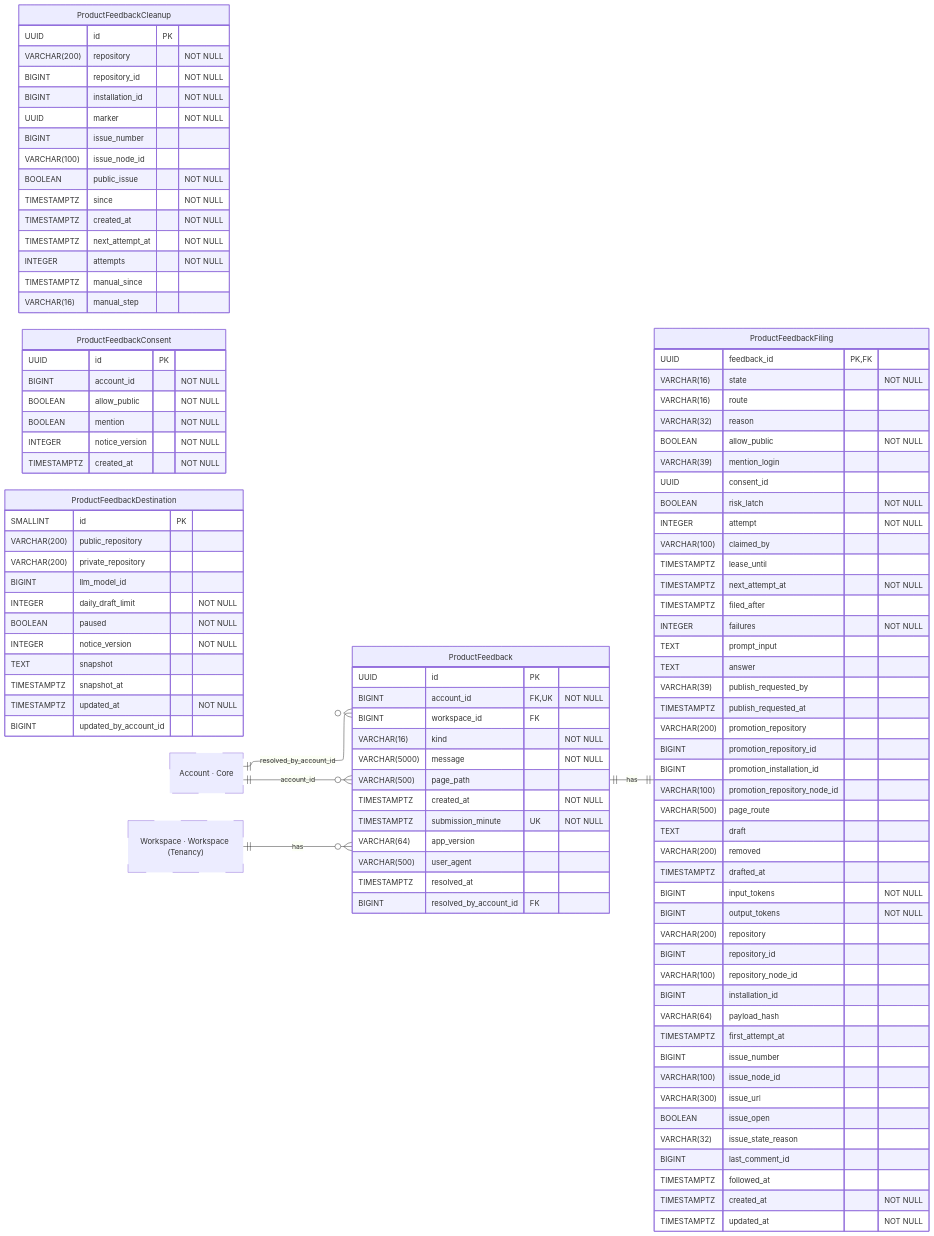
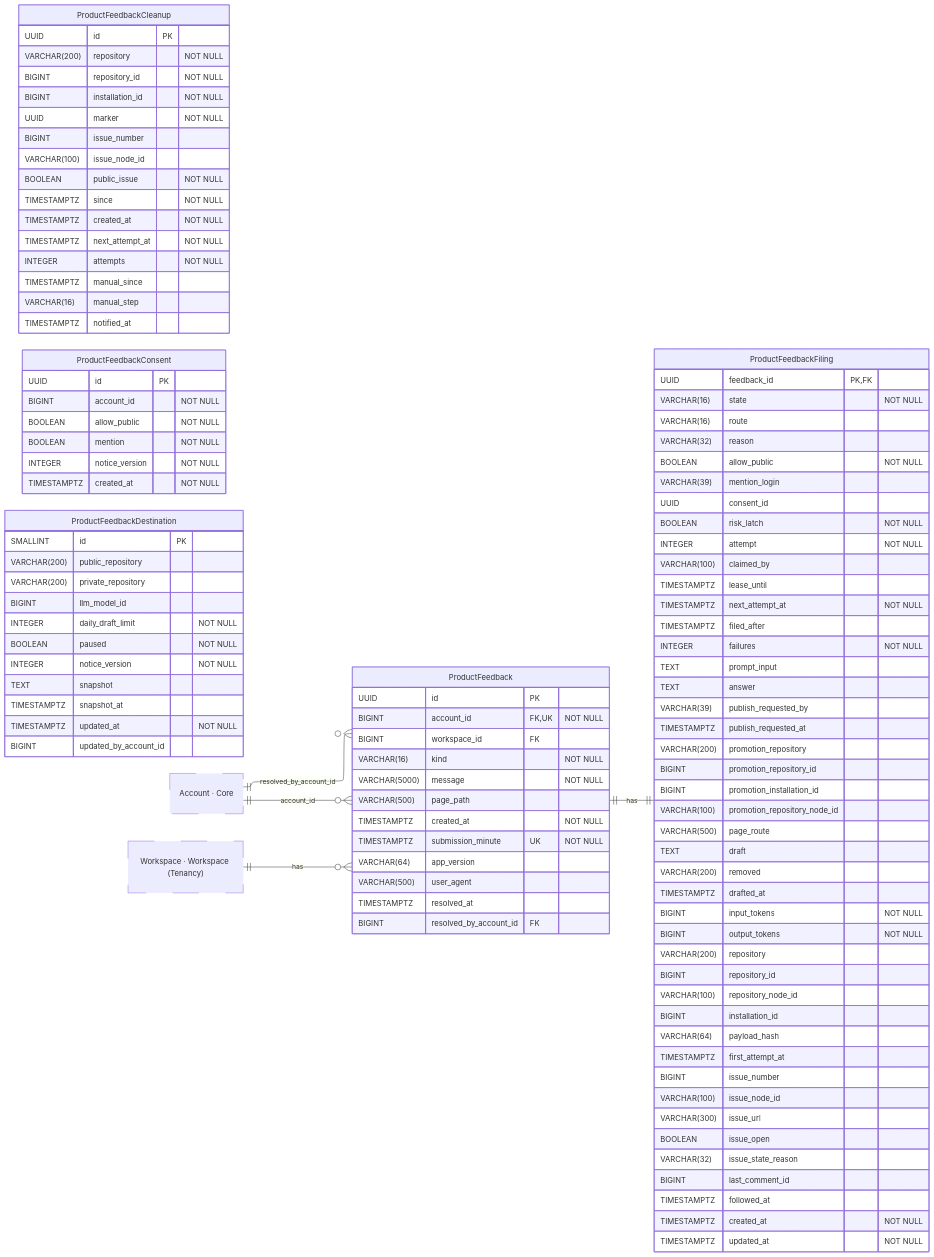
The diagram in docs/contributor/erd/productfeedback.mmd (hephaestus-build/Hephaestus), drawn with Mermaid before and after one commit. The commit also changed 23 other files, not shown here.

```diff
--- a/docs/contributor/erd/productfeedback.mmd
+++ b/docs/contributor/erd/productfeedback.mmd
@@ -1,132 +1,133 @@
 ---
 config:
     layout: elk
 ---
 erDiagram
     %% Generated automatically from PostgreSQL database schema
     %% using scripts/generate-mermaid-erd.ts
     %% To regenerate: vp run db:generate-erd-docs
 
     direction LR
 
     ProductFeedback {
         UUID id PK
         BIGINT account_id FK,UK "NOT NULL"
         BIGINT workspace_id FK
         VARCHAR(16) kind "NOT NULL"
         VARCHAR(5000) message "NOT NULL"
         VARCHAR(500) page_path
         TIMESTAMPTZ created_at "NOT NULL"
         TIMESTAMPTZ submission_minute UK "NOT NULL"
         VARCHAR(64) app_version
         VARCHAR(500) user_agent
         TIMESTAMPTZ resolved_at
         BIGINT resolved_by_account_id FK
     }
 
     ProductFeedbackCleanup {
         UUID id PK
         VARCHAR(200) repository "NOT NULL"
         BIGINT repository_id "NOT NULL"
         BIGINT installation_id "NOT NULL"
         UUID marker "NOT NULL"
         BIGINT issue_number
         VARCHAR(100) issue_node_id
         BOOLEAN public_issue "NOT NULL"
         TIMESTAMPTZ since "NOT NULL"
         TIMESTAMPTZ created_at "NOT NULL"
         TIMESTAMPTZ next_attempt_at "NOT NULL"
         INTEGER attempts "NOT NULL"
         TIMESTAMPTZ manual_since
         VARCHAR(16) manual_step
+        TIMESTAMPTZ notified_at
     }
 
     ProductFeedbackConsent {
         UUID id PK
         BIGINT account_id "NOT NULL"
         BOOLEAN allow_public "NOT NULL"
         BOOLEAN mention "NOT NULL"
         INTEGER notice_version "NOT NULL"
         TIMESTAMPTZ created_at "NOT NULL"
     }
 
     ProductFeedbackDestination {
         SMALLINT id PK
         VARCHAR(200) public_repository
         VARCHAR(200) private_repository
         BIGINT llm_model_id
         INTEGER daily_draft_limit "NOT NULL"
         BOOLEAN paused "NOT NULL"
         INTEGER notice_version "NOT NULL"
         TEXT snapshot
         TIMESTAMPTZ snapshot_at
         TIMESTAMPTZ updated_at "NOT NULL"
         BIGINT updated_by_account_id
     }
 
     ProductFeedbackFiling {
         UUID feedback_id PK,FK
         VARCHAR(16) state "NOT NULL"
         VARCHAR(16) route
         VARCHAR(32) reason
         BOOLEAN allow_public "NOT NULL"
         VARCHAR(39) mention_login
         UUID consent_id
         BOOLEAN risk_latch "NOT NULL"
         INTEGER attempt "NOT NULL"
         VARCHAR(100) claimed_by
         TIMESTAMPTZ lease_until
         TIMESTAMPTZ next_attempt_at "NOT NULL"
         TIMESTAMPTZ filed_after
         INTEGER failures "NOT NULL"
         TEXT prompt_input
         TEXT answer
         VARCHAR(39) publish_requested_by
         TIMESTAMPTZ publish_requested_at
         VARCHAR(200) promotion_repository
         BIGINT promotion_repository_id
         BIGINT promotion_installation_id
         VARCHAR(100) promotion_repository_node_id
         VARCHAR(500) page_route
         TEXT draft
         VARCHAR(200) removed
         TIMESTAMPTZ drafted_at
         BIGINT input_tokens "NOT NULL"
         BIGINT output_tokens "NOT NULL"
         VARCHAR(200) repository
         BIGINT repository_id
         VARCHAR(100) repository_node_id
         BIGINT installation_id
         VARCHAR(64) payload_hash
         TIMESTAMPTZ first_attempt_at
         BIGINT issue_number
         VARCHAR(100) issue_node_id
         VARCHAR(300) issue_url
         BOOLEAN issue_open
         VARCHAR(32) issue_state_reason
         BIGINT last_comment_id
         TIMESTAMPTZ followed_at
         TIMESTAMPTZ created_at "NOT NULL"
         TIMESTAMPTZ updated_at "NOT NULL"
     }
 
     Account["Account · Core"]
     Workspace["Workspace · Workspace (Tenancy)"]
 
     %% Relationships
     %% One-to-One relationships
     ProductFeedback ||--|| ProductFeedbackFiling : has
 
     %% One-to-Many relationships
     Account ||--o{ ProductFeedback : account_id
     Account ||--o{ ProductFeedback : resolved_by_account_id
     Workspace ||--o{ ProductFeedback : has
 
     %% Styling
     classDef primaryEntity stroke:#0288d1,stroke-width:2px
     classDef associationEntity stroke:#8e24aa,stroke-width:2px
     classDef metadataEntity stroke:#43a047,stroke-width:2px
     classDef referenceEntity stroke-dasharray:5 5
 
     class Account referenceEntity
     class Workspace referenceEntity
```
